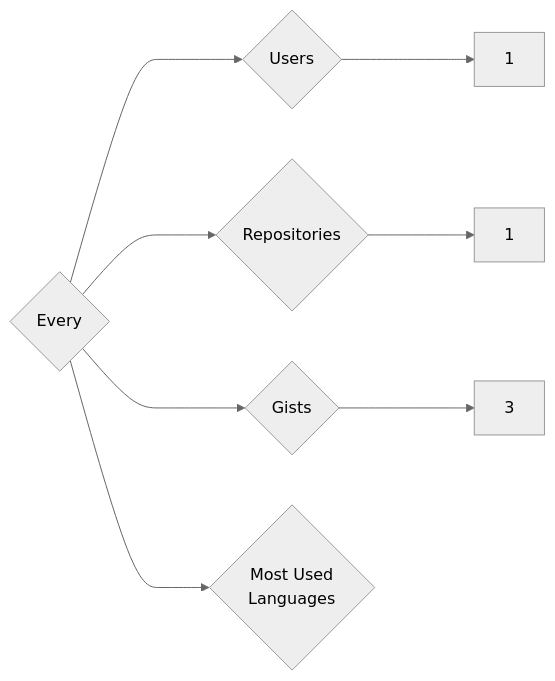
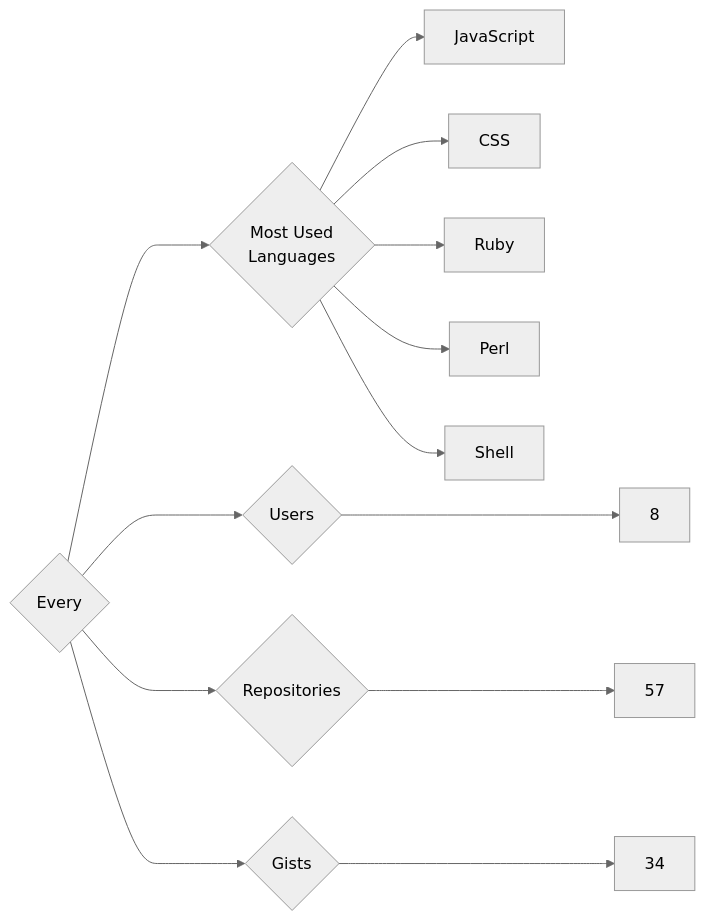
One commit to trickest/insiders changed the diagram in targets/Every/README.md. Above: the diagram before and after it, drawn with Mermaid (neutral theme). The commit also changed 1089 other files, not shown here.

````diff
--- a/targets/Every/README.md
+++ b/targets/Every/README.md
@@ -3,8 +3,13 @@
 ```mermaid
 graph LR
 COMPANY_NAME{Every}
-COMPANY_NAME ---> U{Users} ---> UN[1]
-COMPANY_NAME ---> R{Repositories} ---> RN[1]
-COMPANY_NAME ---> G{Gists} ---> GN[3]
+COMPANY_NAME ---> U{Users} ---> UN[8]
+COMPANY_NAME ---> R{Repositories} ---> RN[57]
+COMPANY_NAME ---> G{Gists} ---> GN[34]
 COMPANY_NAME ---> ML{Most Used<br>Languages}
+ML --> JavaScript[JavaScript]
+ML --> CSS[CSS]
+ML --> Ruby[Ruby]
+ML --> Perl[Perl]
+ML --> Shell[Shell]
 ```
````
